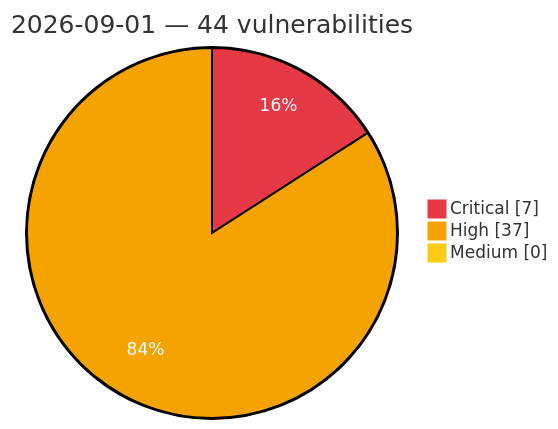
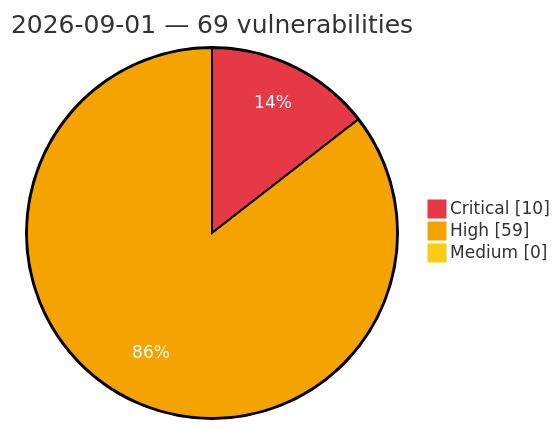
The diagram in vulnerabilities/2026/September/2026-09-01.md (GhostX0X/vuln-tracker), drawn with Mermaid before and after one commit. The commit also changed other lines of this file and 5 other files, not shown here.

Commit message:
Auto update: critical/high vulns (2026-09-01 22:03 UTC)

````diff
--- a/vulnerabilities/2026/September/2026-09-01.md
+++ b/vulnerabilities/2026/September/2026-09-01.md
@@ -3,8 +3,8 @@
 ```mermaid
 %%{init: {'theme':'base', 'themeVariables': {'pie1':'#e63946', 'pie2':'#f4a300', 'pie3':'#facc15', 'pieOpacity':'1', 'pieOuterStrokeWidth':'2px', 'pieSectionTextColor':'#ffffff'}}}%%
 pie showData
-    title 2026-09-01 — 44 vulnerabilities
-    "Critical" : 7
-    "High" : 37
+    title 2026-09-01 — 69 vulnerabilities
+    "Critical" : 10
+    "High" : 59
     "Medium" : 0
 ```
````
